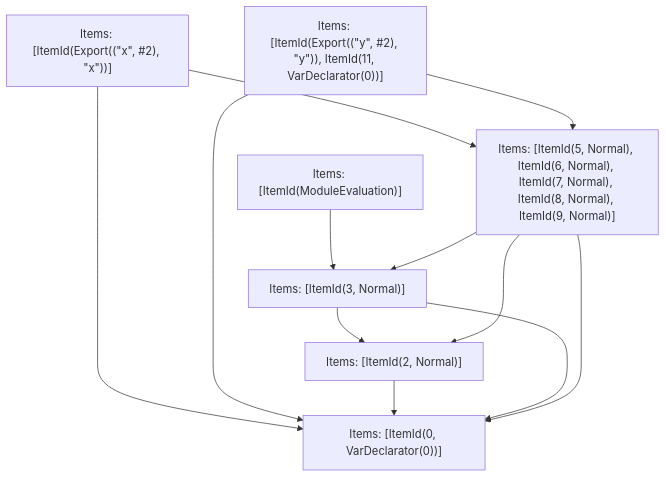
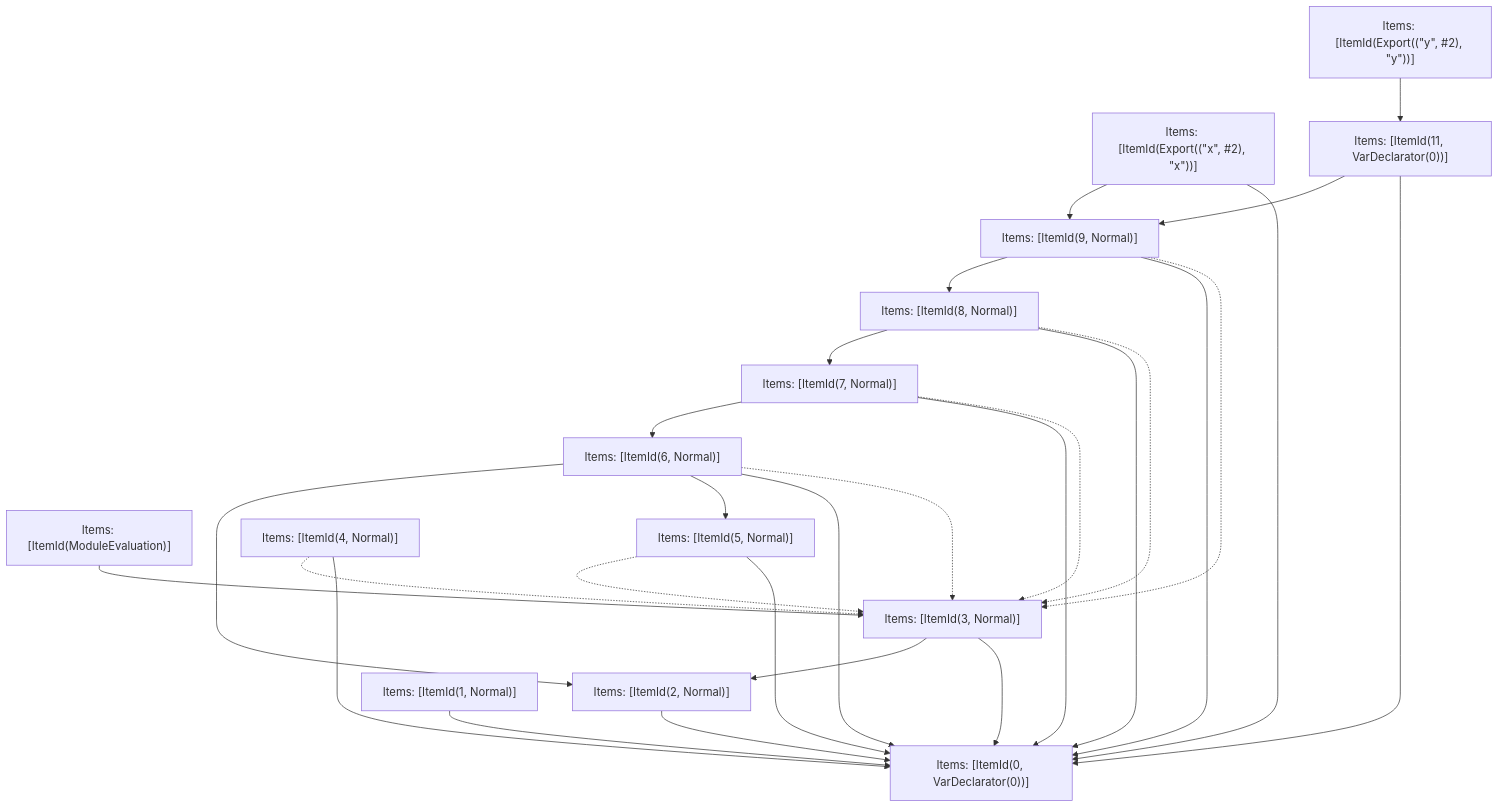
Before and after one commit to vercel/turborepo: the fifth of 5 diagrams in crates/turbopack-ecmascript/tests/tree-shaker/analyzer/grouping/output.md, drawn with Mermaid. The commit also changed other lines of this file and 106 other files, not shown here.

````diff
--- a/crates/turbopack-ecmascript/tests/tree-shaker/analyzer/grouping/output.md
+++ b/crates/turbopack-ecmascript/tests/tree-shaker/analyzer/grouping/output.md
@@ -276,21 +276,44 @@
 ```mermaid
 graph TD
-    N0["Items: [ItemId(ModuleEvaluation)]"];
-    N1["Items: [ItemId(Export((&quot;x&quot;, #2), &quot;x&quot;))]"];
-    N2["Items: [ItemId(Export((&quot;y&quot;, #2), &quot;y&quot;)), ItemId(11, VarDeclarator(0))]"];
-    N3["Items: [ItemId(0, VarDeclarator(0))]"];
-    N4["Items: [ItemId(2, Normal)]"];
-    N5["Items: [ItemId(3, Normal)]"];
-    N6["Items: [ItemId(5, Normal), ItemId(6, Normal), ItemId(7, Normal), ItemId(8, Normal), ItemId(9, Normal)]"];
-    N0 --> N5;
-    N1 --> N6;
-    N1 --> N3;
-    N2 --> N6;
-    N2 --> N3;
-    N4 --> N3;
-    N5 --> N3;
+    N0["Items: [ItemId(0, VarDeclarator(0))]"];
+    N1["Items: [ItemId(2, Normal)]"];
+    N2["Items: [ItemId(3, Normal)]"];
+    N3["Items: [ItemId(ModuleEvaluation)]"];
+    N4["Items: [ItemId(5, Normal)]"];
+    N5["Items: [ItemId(6, Normal)]"];
+    N6["Items: [ItemId(7, Normal)]"];
+    N7["Items: [ItemId(8, Normal)]"];
+    N8["Items: [ItemId(9, Normal)]"];
+    N9["Items: [ItemId(Export((&quot;x&quot;, #2), &quot;x&quot;))]"];
+    N10["Items: [ItemId(11, VarDeclarator(0))]"];
+    N11["Items: [ItemId(Export((&quot;y&quot;, #2), &quot;y&quot;))]"];
+    N12["Items: [ItemId(4, Normal)]"];
+    N13["Items: [ItemId(1, Normal)]"];
+    N13 --> N0;
+    N1 --> N0;
+    N2 --> N1;
+    N2 --> N0;
+    N12 -.-> N2;
+    N12 --> N0;
+    N4 -.-> N2;
+    N4 --> N0;
+    N5 --> N1;
     N5 --> N4;
+    N5 --> N0;
+    N5 -.-> N2;
     N6 --> N5;
-    N6 --> N3;
-    N6 --> N4;
+    N6 --> N0;
+    N6 -.-> N2;
+    N7 --> N6;
+    N7 --> N0;
+    N7 -.-> N2;
+    N8 --> N7;
+    N8 --> N0;
+    N8 -.-> N2;
+    N10 --> N8;
+    N10 --> N0;
+    N9 --> N8;
+    N9 --> N0;
+    N11 --> N10;
+    N3 --> N2;
 ```
````
